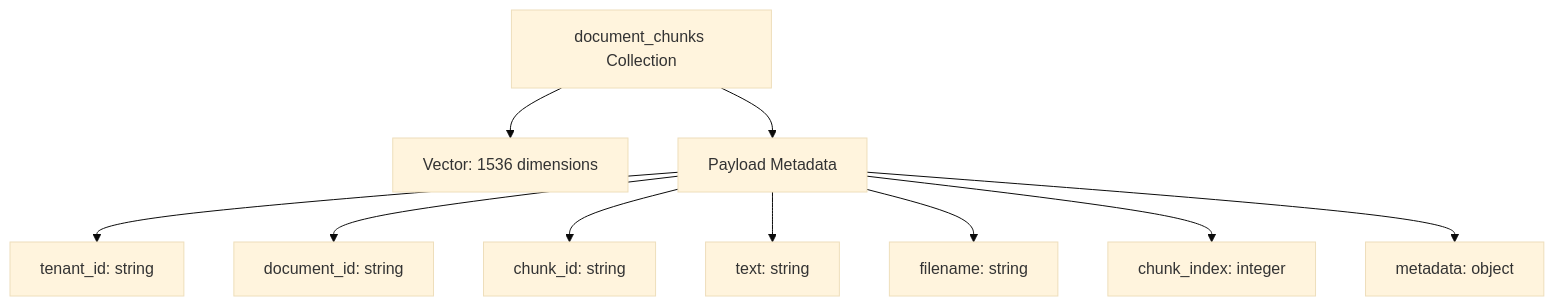
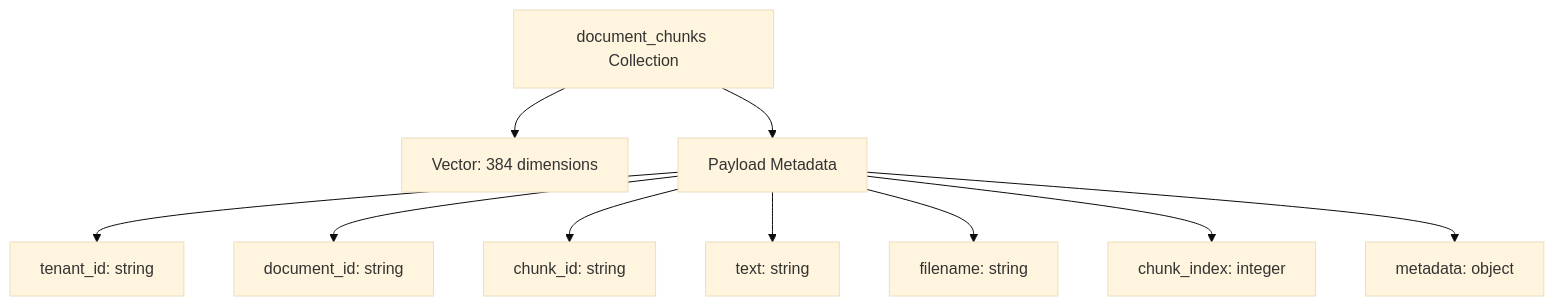
Before and after one commit to AksaRose/Scalable-RAG: the second of 3 diagrams in diagrams/er_diagram.md, drawn with Mermaid (base theme). The commit also changed 20 other files, not shown here.

````diff
--- a/diagrams/er_diagram.md
+++ b/diagrams/er_diagram.md
@@ -60,15 +60,15 @@
 ```mermaid
 graph TB
     Collection[document_chunks Collection]
     
-    Collection --> Vector[Vector: 1536 dimensions]
+    Collection --> Vector[Vector: 384 dimensions]
     Collection --> Payload[Payload Metadata]
     
     Payload --> TenantID[tenant_id: string]
     Payload --> DocID[document_id: string]
     Payload --> ChunkID[chunk_id: string]
     Payload --> Text[text: string]
     Payload --> Filename[filename: string]
     Payload --> ChunkIndex[chunk_index: integer]
     Payload --> Metadata[metadata: object]
 ```
````
